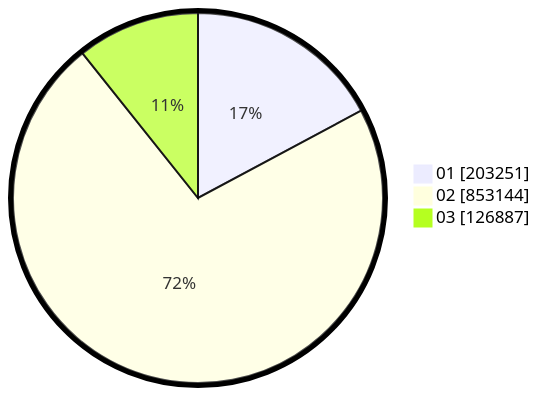
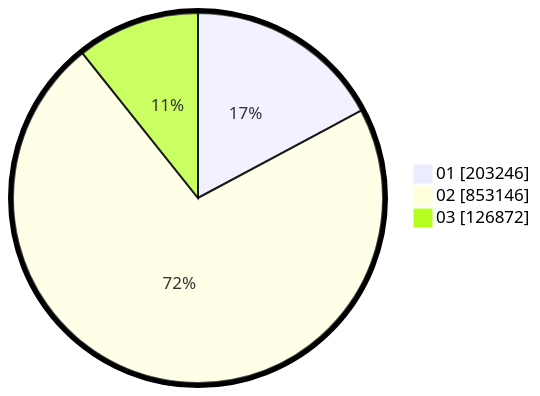
Before and after one commit to gigit-pemilu/pemilu-2024: the second of 2 diagrams in pilpres/hitung-suara/sub/table-wilayah-62.md, drawn with Mermaid. The commit also changed other lines of this file and 15 other files, not shown here.

````diff
--- a/pilpres/hitung-suara/sub/table-wilayah-62.md
+++ b/pilpres/hitung-suara/sub/table-wilayah-62.md
@@ -15,7 +15,7 @@
 ```mermaid
 %%{init: {"pie": {"textPosition": 0.5}, "themeVariables": {"pieOuterStrokeWidth": "5px"}} }%%
 pie showData
-    "01" : 203251
-    "02" : 853144
-    "03" : 126887
+    "01" : 203246
+    "02" : 853146
+    "03" : 126872
 ```
````
